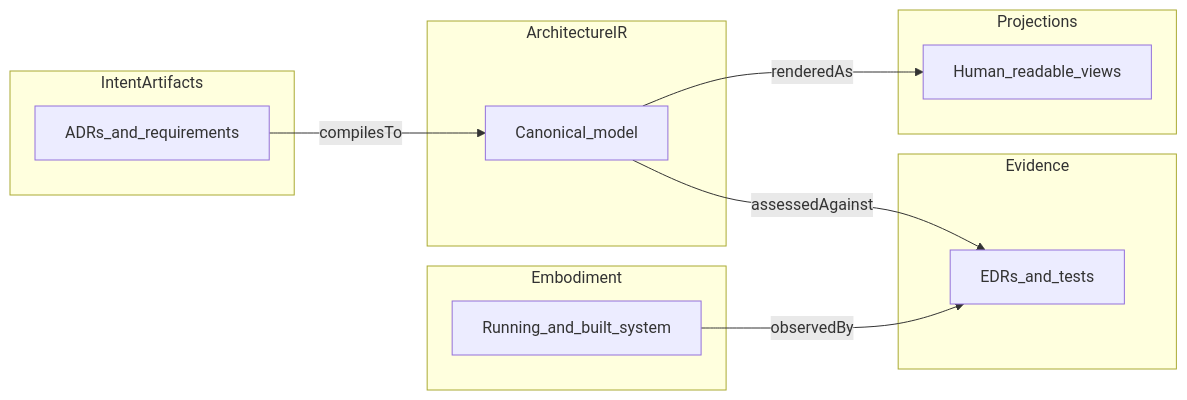
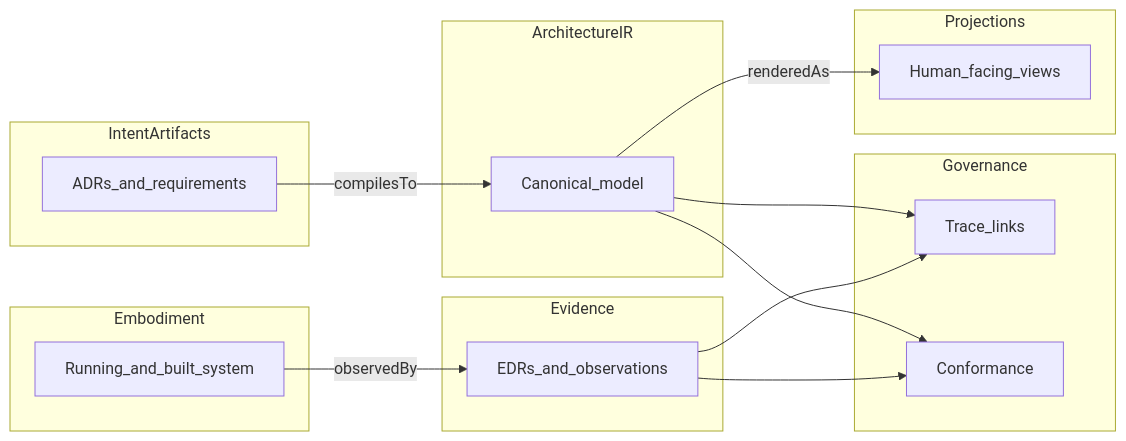
One commit to egallmann/ste-handbook changed the diagram in 03-artifact-layer/03-00-artifact-layer-overview.md. Above: the diagram before and after it, drawn with Mermaid. The commit also changed other lines of this file and 8 other files, not shown here.

````diff
--- a/03-artifact-layer/03-00-artifact-layer-overview.md
+++ b/03-artifact-layer/03-00-artifact-layer-overview.md
@@ -60,22 +80,29 @@
 ```mermaid
 flowchart LR
   subgraph intentRegion [IntentArtifacts]
     IA[ADRs_and_requirements]
   end
   subgraph canonicalRegion [ArchitectureIR]
     IR[Canonical_model]
   end
   subgraph builtRegion [Embodiment]
     EM[Running_and_built_system]
   end
   subgraph proofRegion [Evidence]
-    EV[EDRs_and_tests]
+    EV[EDRs_and_observations]
+  end
+  subgraph govRegion [Governance]
+    TR[Trace_links]
+    CF[Conformance]
   end
   subgraph viewRegion [Projections]
-    PR[Human_readable_views]
+    PR[Human_facing_views]
   end
   IA -->|compilesTo| IR
+  IR --> TR
+  EV --> TR
+  IR --> CF
+  EV --> CF
   IR -->|renderedAs| PR
   EM -->|observedBy| EV
-  IR -->|assessedAgainst| EV
 ```
````
